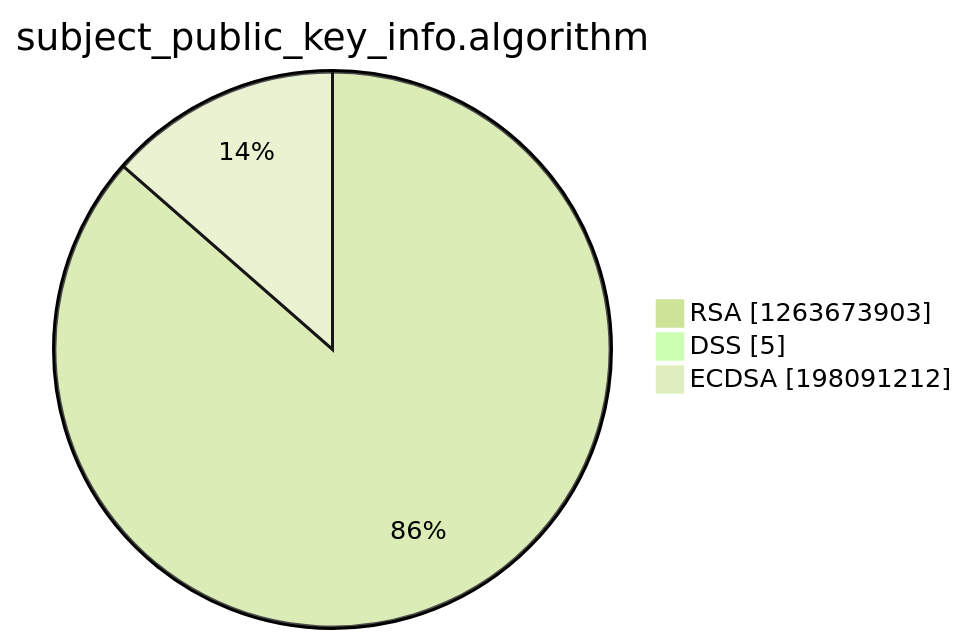
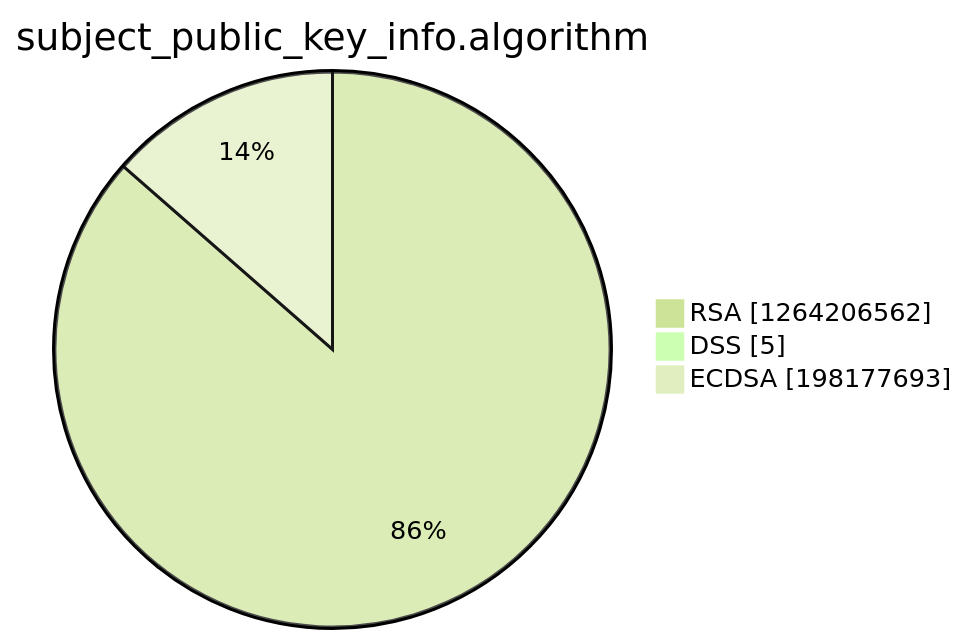
Before and after one commit to christiankrug/ctmonitor_visualization: the third of 15 diagrams in argon2022/README.md, drawn with Mermaid (forest theme). The commit also changed other lines of this file, not shown here.

````diff
--- a/argon2022/README.md
+++ b/argon2022/README.md
@@ -14,7 +14,7 @@
 ```mermaid
 pie showData
 title subject_public_key_info.algorithm
-"RSA" :1263673903
+"RSA" :1264206562
 "DSS" :5
-"ECDSA" :198091212
+"ECDSA" :198177693
 ```
````
